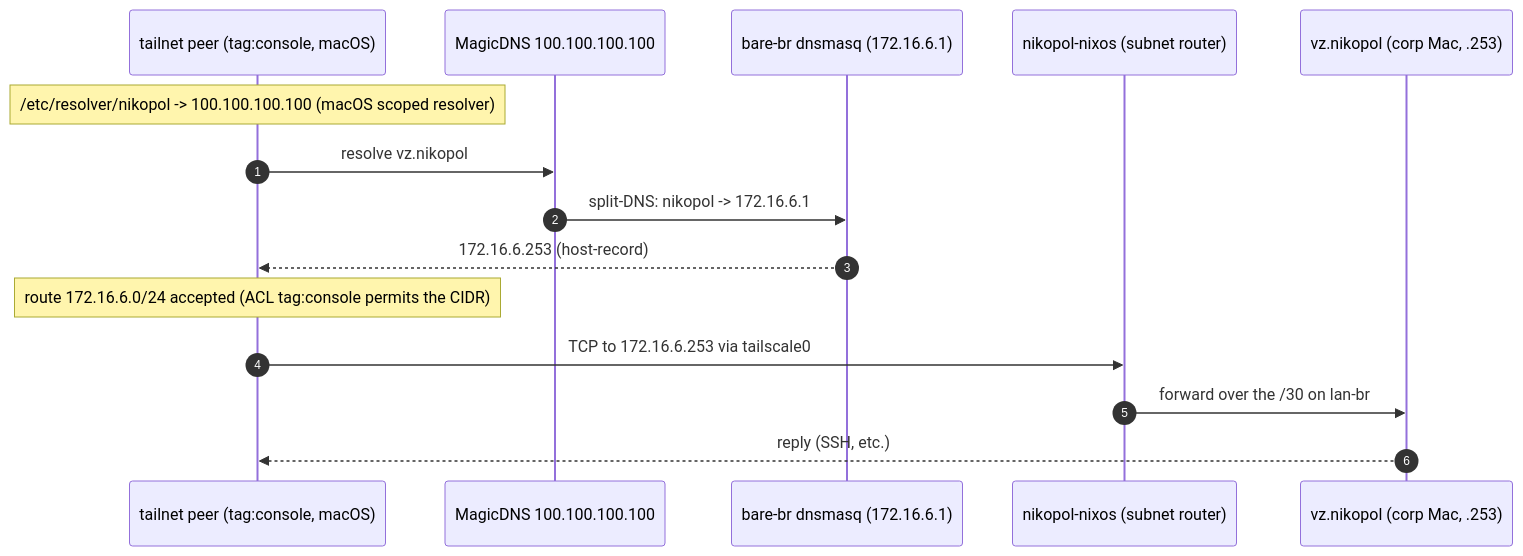
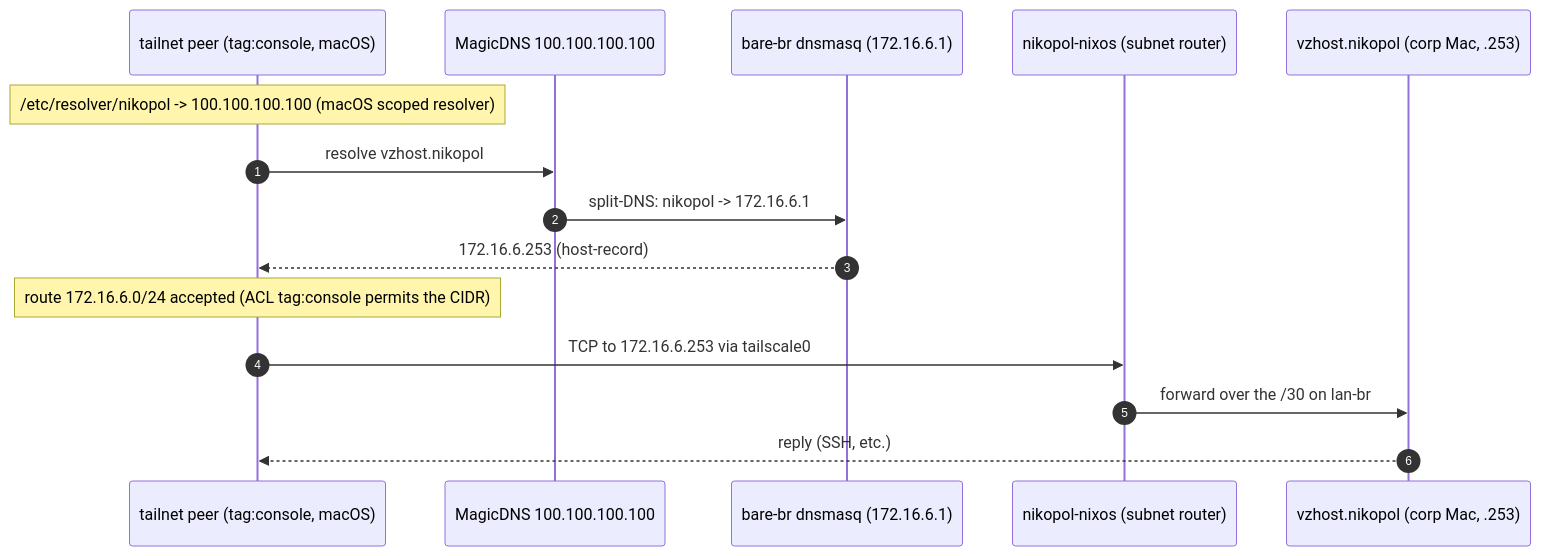
One commit to seedmatic/ndh changed the third of 3 diagrams in docs/network-catalog-segments.adoc. Above: the diagram before and after it, drawn with Mermaid. The commit also changed other lines of this file and 27 other files, not shown here.

First line of the commit message:
docs: purge retired Lima provider; integrate vzhost.nikopol rename

```diff
--- a/docs/network-catalog-segments.adoc
+++ b/docs/network-catalog-segments.adoc
@@ -132,19 +132,19 @@
 [mermaid]
 ....
 sequenceDiagram
   autonumber
   participant P as tailnet peer (tag:console, macOS)
   participant R as MagicDNS 100.100.100.100
   participant D as bare-br dnsmasq (172.16.6.1)
   participant N as nikopol-nixos (subnet router)
-  participant V as vz.nikopol (corp Mac, .253)
+  participant V as vzhost.nikopol (corp Mac, .253)
 
   Note over P: /etc/resolver/nikopol -> 100.100.100.100 (macOS scoped resolver)
-  P->>R: resolve vz.nikopol
+  P->>R: resolve vzhost.nikopol
   R->>D: split-DNS: nikopol -> 172.16.6.1
   D-->>P: 172.16.6.253 (host-record)
   Note over P: route 172.16.6.0/24 accepted (ACL tag:console permits the CIDR)
   P->>N: TCP to 172.16.6.253 via tailscale0
   N->>V: forward over the /30 on lan-br
   V-->>P: reply (SSH, etc.)
 ....
```
